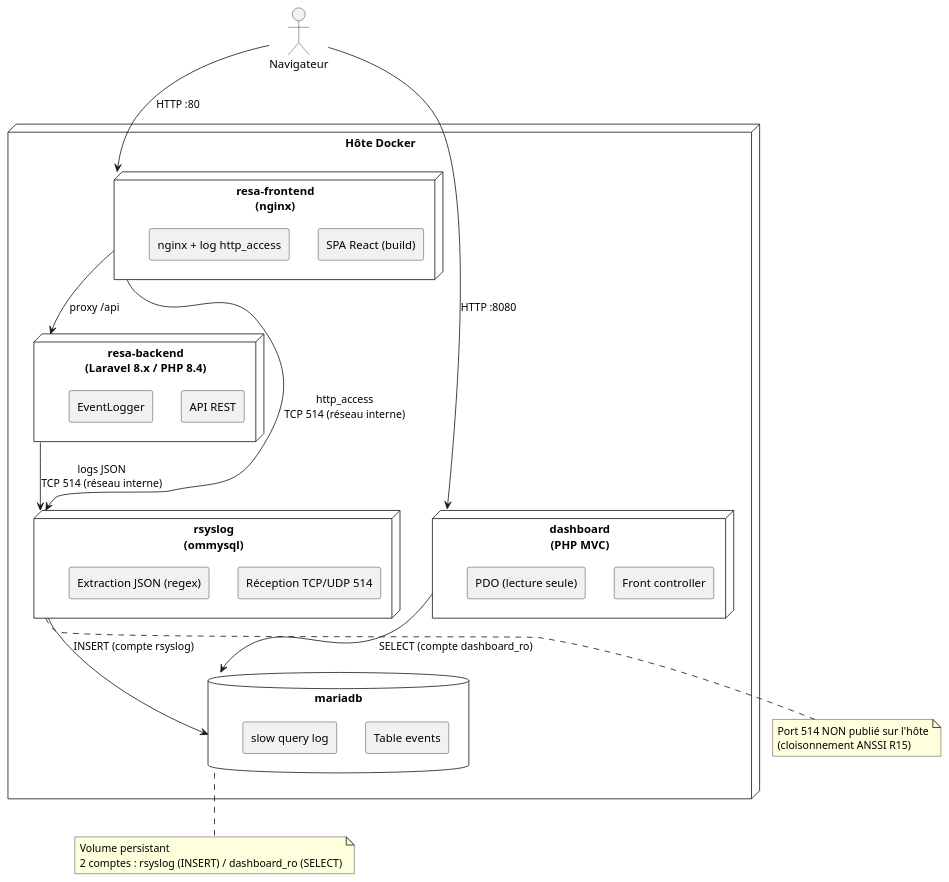
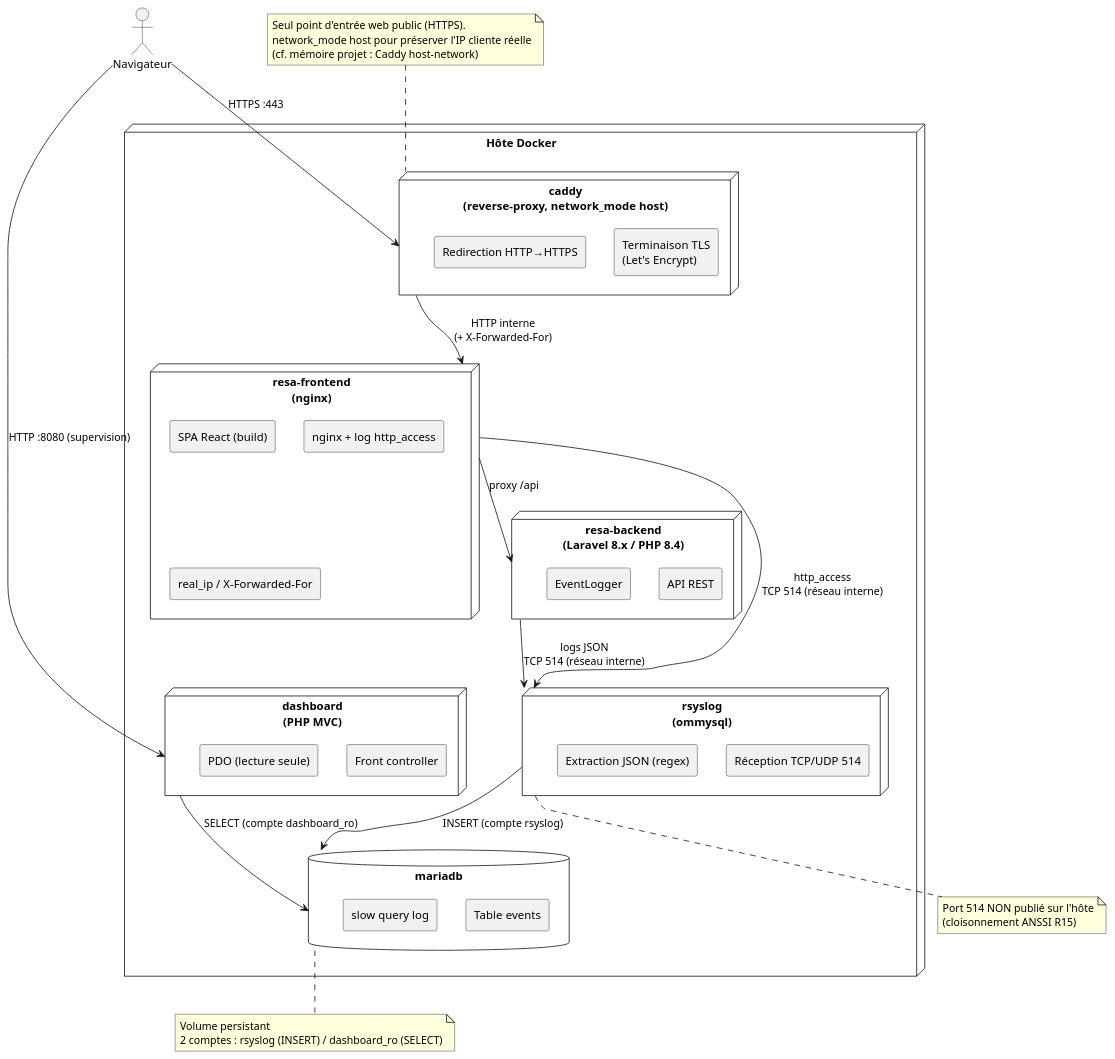
The diagram in docs/uml/deploiement.puml (MatheoMoreira/Dashboard-RsysLogs), drawn with PlantUML before and after one commit. The commit also changed 12 other files, not shown here.

First line of the commit message:
docs(livrables): preuves, diagrammes alignés et source ANSSI jointe

```diff
--- a/docs/uml/deploiement.puml
+++ b/docs/uml/deploiement.puml
@@ -1,52 +1,65 @@
 @startuml deploiement
-' Diagramme de déploiement — stack Docker (5 services)
+' Diagramme de déploiement — stack Docker (6 services)
 skinparam componentStyle rectangle
 
 node "Hôte Docker" {
 
+  node "caddy\n(reverse-proxy, network_mode host)" as Caddy {
+    [Terminaison TLS\n(Let's Encrypt)]
+    [Redirection HTTP→HTTPS]
+  }
+
   node "resa-frontend\n(nginx)" as Front {
     [SPA React (build)]
     [nginx + log http_access]
+    [real_ip / X-Forwarded-For]
   }
 
   node "resa-backend\n(Laravel 8.x / PHP 8.4)" as Back {
     [API REST]
     [EventLogger]
   }
 
   node "rsyslog\n(ommysql)" as Rsys {
     [Réception TCP/UDP 514]
     [Extraction JSON (regex)]
   }
 
   database "mariadb" as DB {
     [Table events]
     [slow query log]
   }
 
   node "dashboard\n(PHP MVC)" as Dash {
     [Front controller]
     [PDO (lecture seule)]
   }
 }
 
 actor "Navigateur" as Browser
 
-Browser --> Front : HTTP :80
-Browser --> Dash  : HTTP :8080
+Browser --> Caddy : HTTPS :443
+Caddy   --> Front : HTTP interne\n(+ X-Forwarded-For)
+Browser --> Dash  : HTTP :8080 (supervision)
 Front --> Back    : proxy /api
 Back  --> Rsys    : logs JSON\nTCP 514 (réseau interne)
 Front --> Rsys    : http_access\nTCP 514 (réseau interne)
 Rsys  --> DB      : INSERT (compte rsyslog)
 Dash  --> DB      : SELECT (compte dashboard_ro)
 
 note bottom of Rsys
   Port 514 NON publié sur l'hôte
   (cloisonnement ANSSI R15)
 end note
 
 note bottom of DB
   Volume persistant
   2 comptes : rsyslog (INSERT) / dashboard_ro (SELECT)
 end note
+
+note top of Caddy
+  Seul point d'entrée web public (HTTPS).
+  network_mode host pour préserver l'IP cliente réelle
+  (cf. mémoire projet : Caddy host-network)
+end note
 @enduml
```
